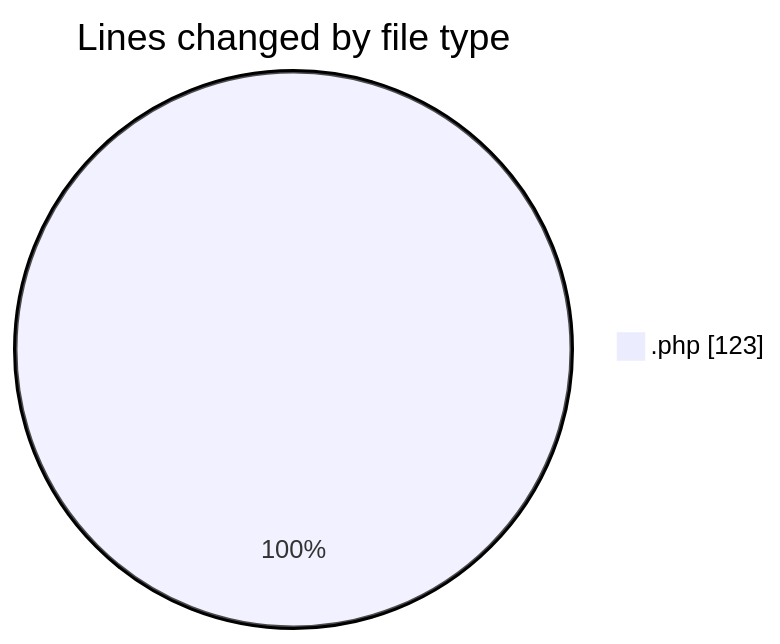
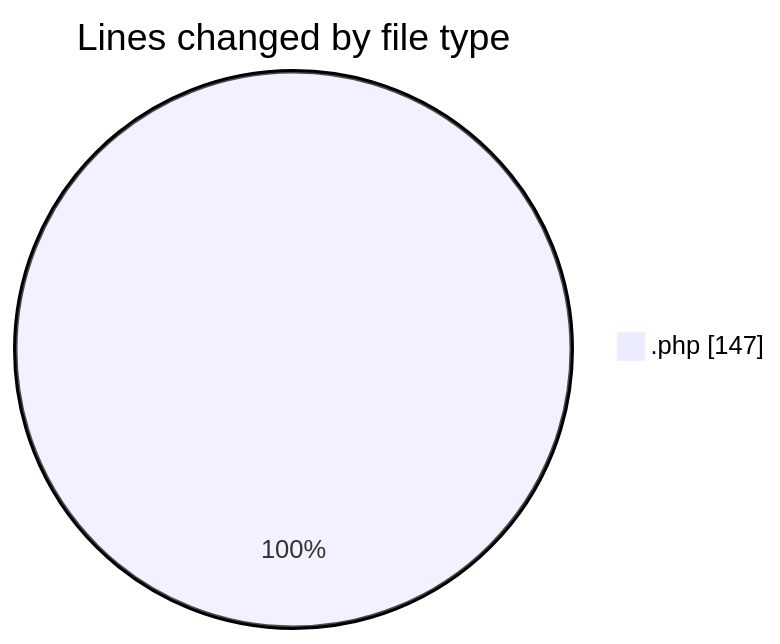
Before and after one commit to LanceThiago/code-tracking: the first of 2 diagrams in 2025-01-24/web/README.md, drawn with Mermaid. The commit also changed other lines of this file and 1 other file, not shown here.

````diff
--- a/2025-01-24/web/README.md
+++ b/2025-01-24/web/README.md
@@ -20,5 +20,5 @@
 ```mermaid
 pie showData
 title Lines changed by file type
-".php" : 123
+".php" : 147
 ```
````
